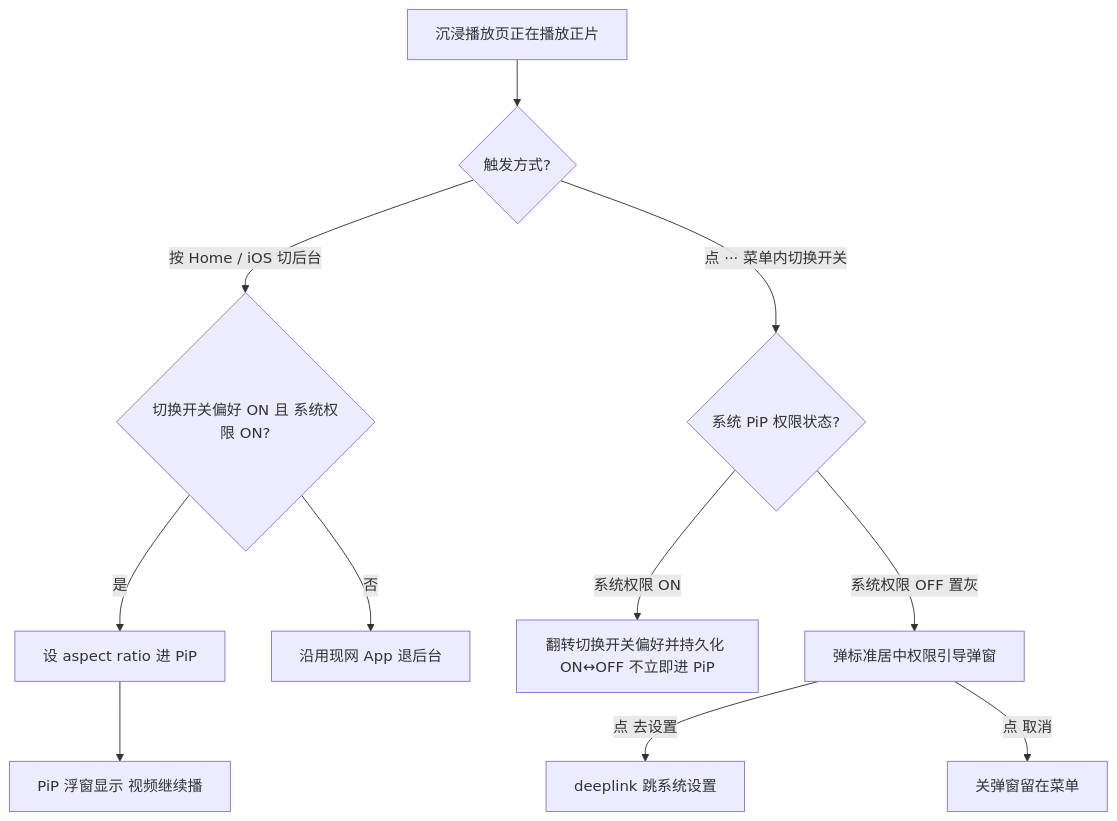
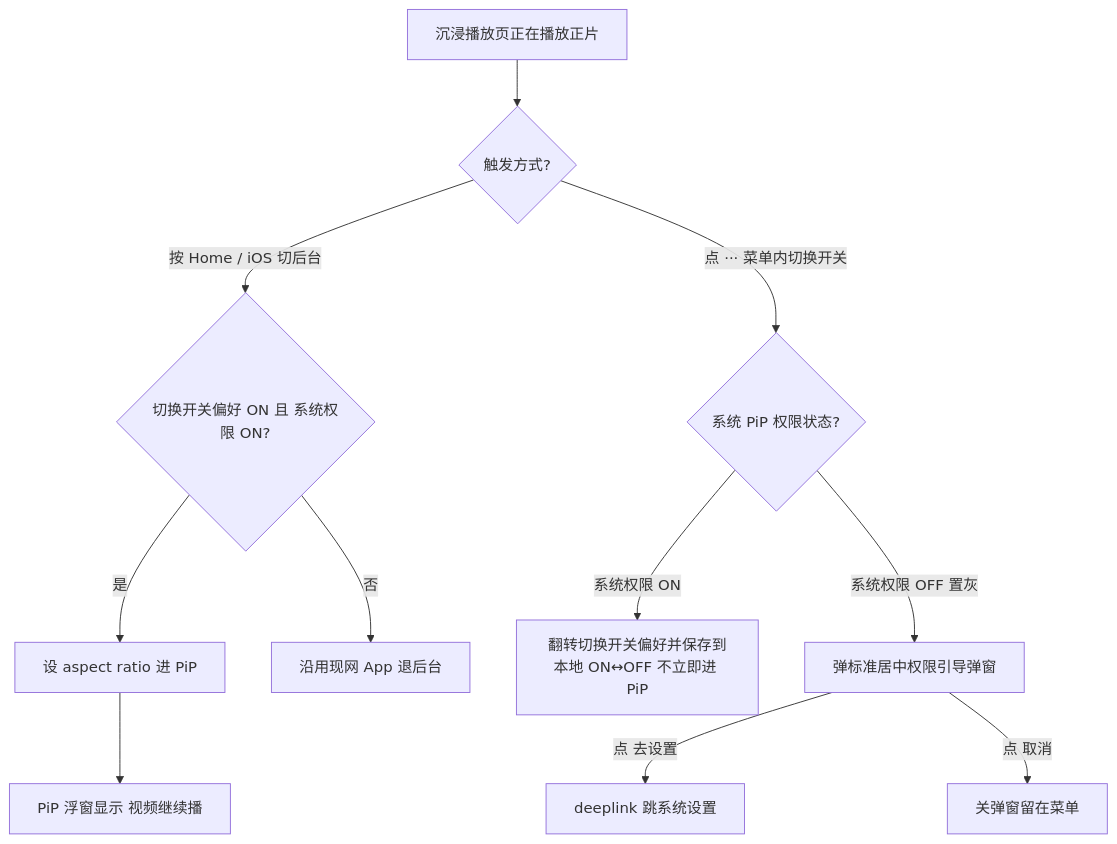
One commit to king460357/ff-app-prd changed the first of 2 diagrams in docs/20260529/PRD/画中画/20260529_画中画_PRD.md. Above: the diagram before and after it, drawn with Mermaid. The commit also changed other lines of this file and 1 other file, not shown here.

````diff
--- a/docs/20260529/PRD/画中画/20260529_画中画_PRD.md
+++ b/docs/20260529/PRD/画中画/20260529_画中画_PRD.md
@@ -68,13 +68,13 @@
 ```mermaid
 flowchart TD
  A0[沉浸播放页正在播放正片] --> A1{触发方式?}
  A1 -->|按 Home / iOS 切后台| A2{切换开关偏好 ON 且 系统权限 ON?}
  A1 -->|点 ··· 菜单内切换开关| A3{系统 PiP 权限状态?}
  A2 -->|是| A4[设 aspect ratio 进 PiP]
  A2 -->|否| A5[沿用现网 App 退后台]
- A3 -->|系统权限 ON| A6[翻转切换开关偏好并持久化 ON↔OFF 不立即进 PiP]
+ A3 -->|系统权限 ON| A6[翻转切换开关偏好并保存到本地 ON↔OFF 不立即进 PiP]
  A3 -->|系统权限 OFF 置灰| A7[弹标准居中权限引导弹窗]
  A7 -->|点 去设置| A8[deeplink 跳系统设置]
  A7 -->|点 取消| A9[关弹窗留在菜单]
  A4 --> A10[PiP 浮窗显示 视频继续播]
 ```
````
